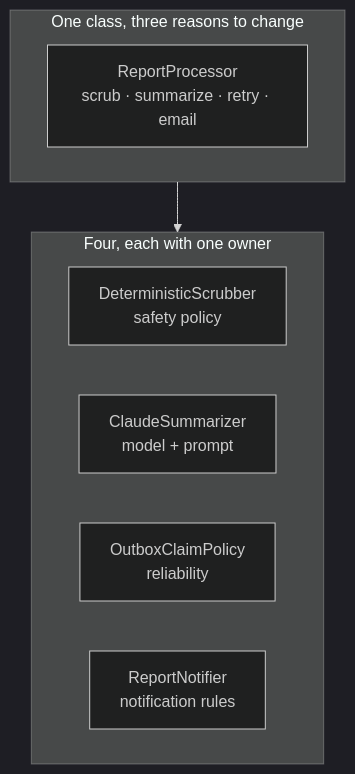
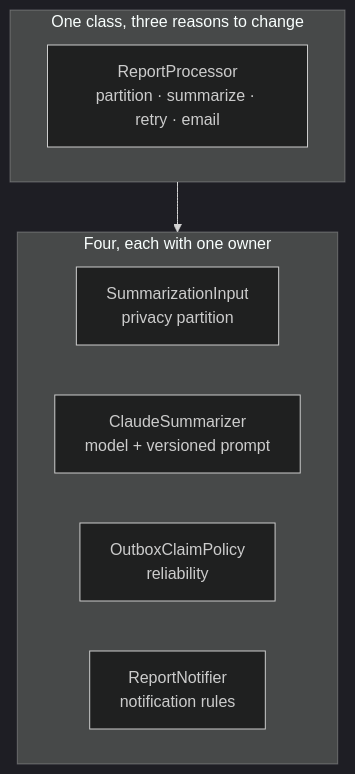
One commit to HPAC-Safety/safety-report changed the first of 2 diagrams in skills/solid-principles/SKILL.md. Above: the diagram before and after it, drawn with Mermaid (dark theme). The commit also changed other lines of this file and 117 other files, not shown here.

First line of the commit message:
Replace deterministic scrubbing with immutable question privacy (#73)

````diff
--- a/skills/solid-principles/SKILL.md
+++ b/skills/solid-principles/SKILL.md
@@ -25,13 +25,13 @@
 ```mermaid
 flowchart TD
     subgraph bad["One class, three reasons to change"]
-        b["ReportProcessor<br/>scrub · summarize · retry · email"]
+        b["ReportProcessor<br/>partition · summarize · retry · email"]
     end
     subgraph good["Four, each with one owner"]
-        s["DeterministicScrubber<br/>safety policy"]
-        z["ClaudeSummarizer<br/>model + prompt"]
+        s["SummarizationInput<br/>privacy partition"]
+        z["ClaudeSummarizer<br/>model + versioned prompt"]
         r["OutboxClaimPolicy<br/>reliability"]
         e["ReportNotifier<br/>notification rules"]
     end
     bad --> good
 ```
````
